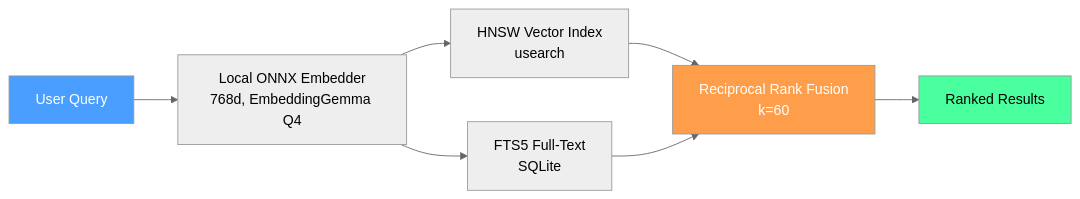
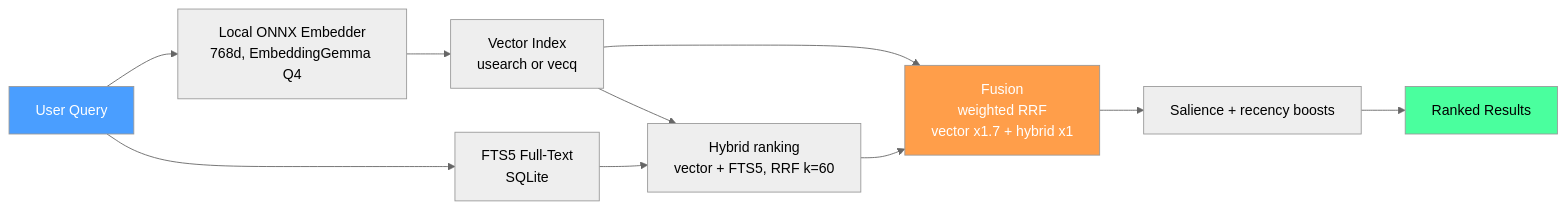
One commit to codecoradev/uteke changed the diagram in README.md. Above: the diagram before and after it, drawn with Mermaid (neutral theme). The commit also changed other lines of this file and 12 other files, not shown here.

````diff
--- a/README.md
+++ b/README.md
@@ -231,13 +233,16 @@
 ```mermaid
 graph LR
     Input[User Query] --> Embed[Local ONNX Embedder<br/>768d, EmbeddingGemma Q4]
-    Embed --> HNSW[HNSW Vector Index<br/>usearch]
-    Embed --> FTS5[FTS5 Full-Text<br/>SQLite]
-    HNSW --> RRF[Reciprocal Rank Fusion<br/>k=60]
-    FTS5 --> RRF
-    RRF --> Results[Ranked Results]
+    Input --> FTS5[FTS5 Full-Text<br/>SQLite]
+    Embed --> Vec[Vector Index<br/>usearch or vecq]
+    Vec --> Hybrid[Hybrid ranking<br/>vector + FTS5, RRF k=60]
+    FTS5 --> Hybrid
+    Vec --> Fusion[Fusion<br/>weighted RRF<br/>vector x1.7 + hybrid x1]
+    Hybrid --> Fusion
+    Fusion --> Boost[Salience + recency boosts]
+    Boost --> Results[Ranked Results]
 
     style Input fill:#4a9eff,color:#fff
     style Results fill:#4aff9e,color:#000
-    style RRF fill:#ff9e4a,color:#fff
+    style Fusion fill:#ff9e4a,color:#fff
 ```
````
